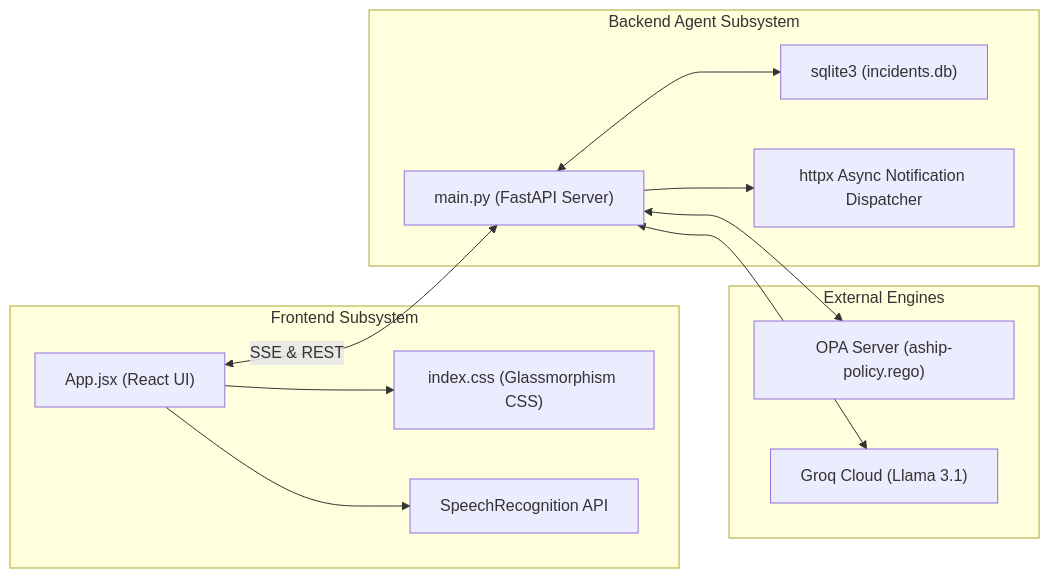
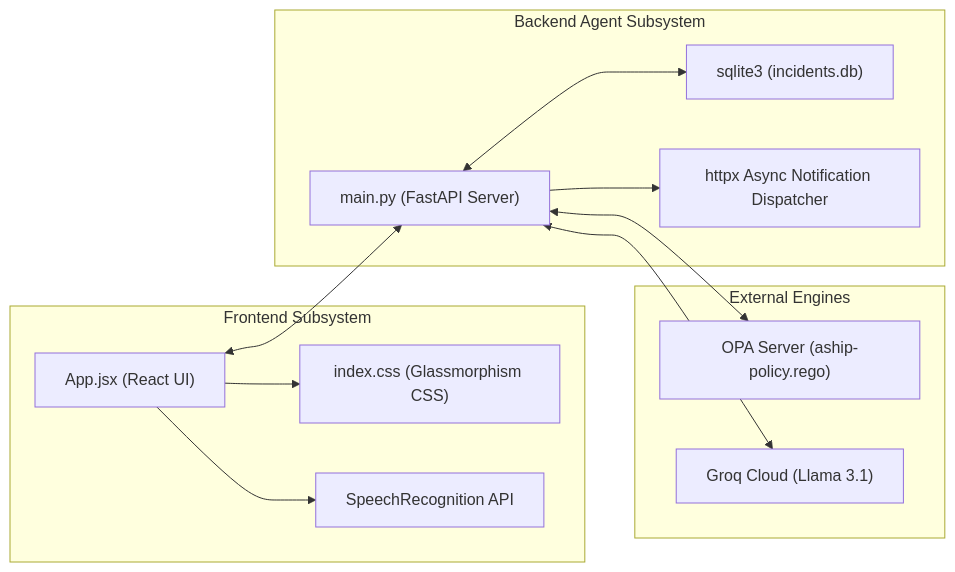
One commit to Lalit2615/ASHIP changed the tenth of 11 diagrams in ASHIP_PROJECT_DOCUMENTATION.md. Above: the diagram before and after it, drawn with Mermaid. The commit also changed other lines of this file, not shown here.

Commit message:
fix(docs): resolve Mermaid diagram syntax rendering issues for all 11 diagrams

````diff
--- a/ASHIP_PROJECT_DOCUMENTATION.md
+++ b/ASHIP_PROJECT_DOCUMENTATION.md
@@ -449,27 +437,27 @@
 ```mermaid
 graph LR
     subgraph Frontend Subsystem
         AppJSX["App.jsx (React UI)"]
         CSS["index.css (Glassmorphism CSS)"]
         VoiceComp["SpeechRecognition API"]
     end
 
     subgraph Backend Agent Subsystem
         MainPy["main.py (FastAPI Server)"]
         DBComp["sqlite3 (incidents.db)"]
         NotifyComp["httpx Async Notification Dispatcher"]
     end
 
     subgraph External Engines
         OPAComp["OPA Server (aship-policy.rego)"]
         GroqComp["Groq Cloud (Llama 3.1)"]
     end
 
     AppJSX --> CSS
     AppJSX --> VoiceComp
-    AppJSX <-->|SSE & REST| MainPy
+    AppJSX <--> MainPy
     MainPy <--> DBComp
     MainPy --> NotifyComp
     MainPy <--> OPAComp
     MainPy <--> GroqComp
 ```
````
